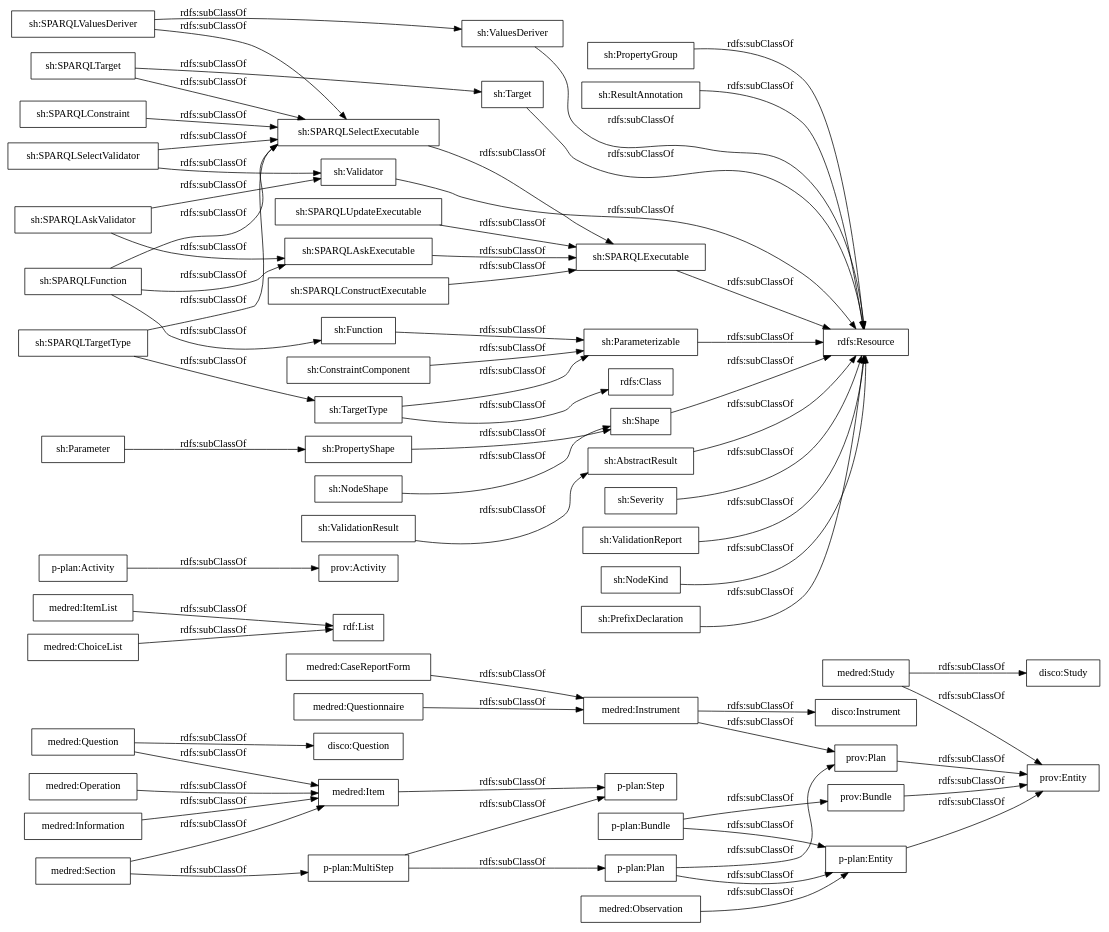
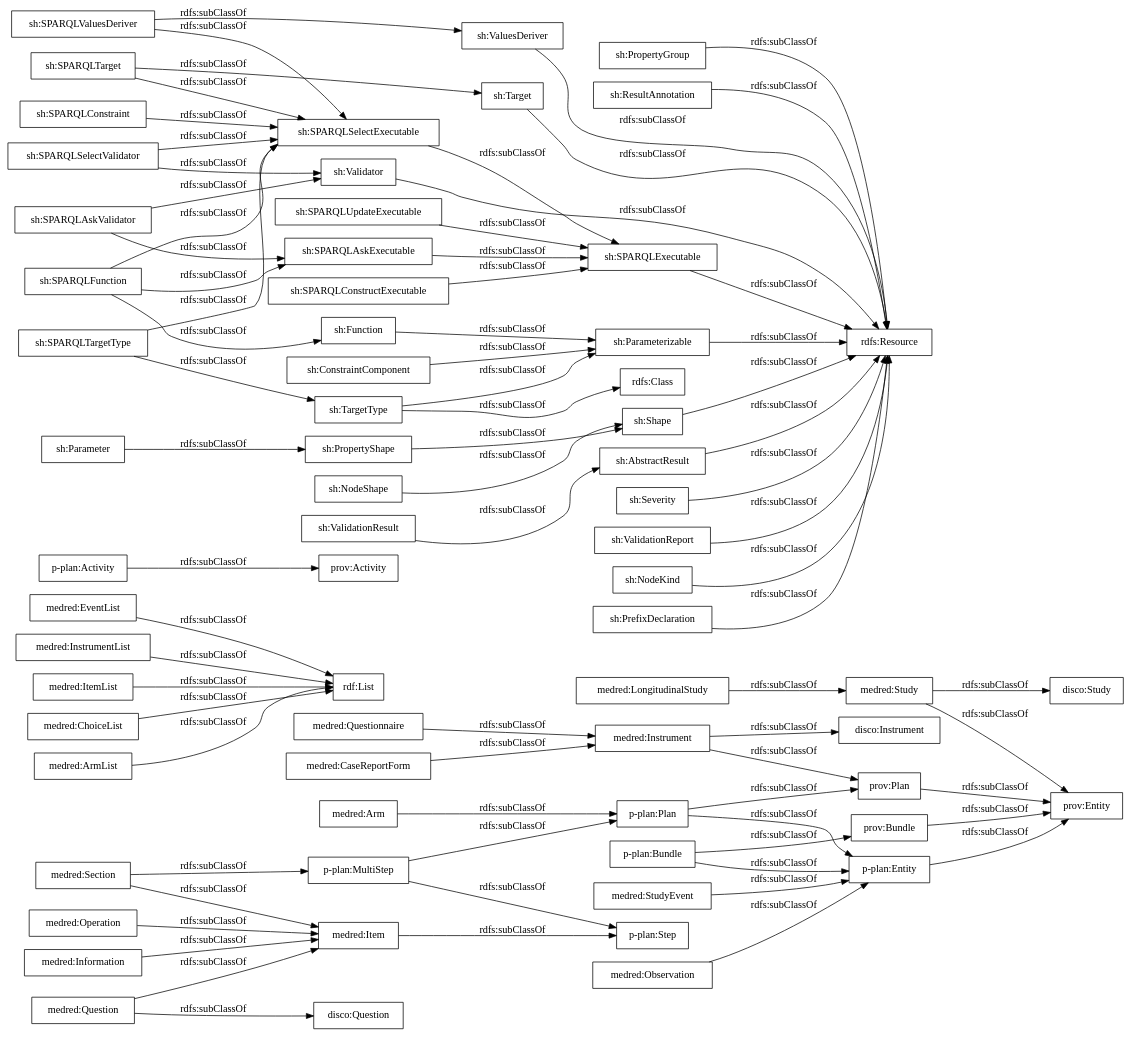
One commit to OnToologyUser/medred changed the diagram in OnToology/ontology/medred.owl/diagrams/ar2dtool-taxonomy/medred.owl.png.dot. Above: the diagram before and after it, drawn with Graphviz. The commit also changed 12 other files, not shown here.

```diff
--- a/OnToology/ontology/medred.owl/diagrams/ar2dtool-taxonomy/medred.owl.png.dot
+++ b/OnToology/ontology/medred.owl/diagrams/ar2dtool-taxonomy/medred.owl.png.dot
@@ -1,71 +1,77 @@
 digraph ar2dtool_diagram { 
 rankdir=LR;
 size="1000"
-node [shape = rectangle, color="black"]; "medred:Questionnaire" "medred:Information" "medred:Question" "medred:Instrument" "rdf:List" "medred:Item" "medred:CaseReportForm" "medred:Study" "medred:ItemList" "medred:Section" "medred:ChoiceList" "medred:Operation" "medred:Observation" "p-plan:MultiStep" "p-plan:Activity" "p-plan:Step" "p-plan:Entity" "p-plan:Bundle" "prov:Bundle" "prov:Entity" "p-plan:Plan" "prov:Plan" "prov:Activity" ; /*classes style*/
+node [shape = rectangle, color="black"]; "medred:Questionnaire" "medred:StudyEvent" "medred:Information" "medred:Question" "medred:EventList" "medred:Instrument" "rdf:List" "medred:Item" "medred:Arm" "medred:CaseReportForm" "medred:Study" "medred:LongitudinalStudy" "medred:InstrumentList" "medred:ItemList" "medred:Section" "medred:ChoiceList" "medred:ArmList" "medred:Operation" "medred:Observation" "p-plan:MultiStep" "p-plan:Activity" "p-plan:Step" "p-plan:Entity" "p-plan:Bundle" "prov:Bundle" "prov:Entity" "p-plan:Plan" "prov:Plan" "prov:Activity" ; /*classes style*/
 	"prov:Plan" -> "prov:Entity" [ label = "rdfs:subClassOf" ];
 	"sh:PropertyGroup" -> "rdfs:Resource" [ label = "rdfs:subClassOf" ];
 	"medred:Question" -> "medred:Item" [ label = "rdfs:subClassOf" ];
 	"medred:Question" -> "disco:Question" [ label = "rdfs:subClassOf" ];
 	"sh:ResultAnnotation" -> "rdfs:Resource" [ label = "rdfs:subClassOf" ];
 	"medred:Item" -> "p-plan:Step" [ label = "rdfs:subClassOf" ];
 	"medred:CaseReportForm" -> "medred:Instrument" [ label = "rdfs:subClassOf" ];
 	"sh:SPARQLConstructExecutable" -> "sh:SPARQLExecutable" [ label = "rdfs:subClassOf" ];
+	"medred:ArmList" -> "rdf:List" [ label = "rdfs:subClassOf" ];
 	"sh:Shape" -> "rdfs:Resource" [ label = "rdfs:subClassOf" ];
 	"medred:Questionnaire" -> "medred:Instrument" [ label = "rdfs:subClassOf" ];
 	"p-plan:Entity" -> "prov:Entity" [ label = "rdfs:subClassOf" ];
 	"sh:SPARQLAskValidator" -> "sh:SPARQLAskExecutable" [ label = "rdfs:subClassOf" ];
 	"sh:SPARQLAskValidator" -> "sh:Validator" [ label = "rdfs:subClassOf" ];
 	"sh:SPARQLUpdateExecutable" -> "sh:SPARQLExecutable" [ label = "rdfs:subClassOf" ];
 	"p-plan:MultiStep" -> "p-plan:Step" [ label = "rdfs:subClassOf" ];
 	"p-plan:MultiStep" -> "p-plan:Plan" [ label = "rdfs:subClassOf" ];
 	"sh:SPARQLTargetType" -> "sh:SPARQLSelectExecutable" [ label = "rdfs:subClassOf" ];
 	"sh:SPARQLTargetType" -> "sh:TargetType" [ label = "rdfs:subClassOf" ];
 	"sh:AbstractResult" -> "rdfs:Resource" [ label = "rdfs:subClassOf" ];
+	"medred:Arm" -> "p-plan:Plan" [ label = "rdfs:subClassOf" ];
 	"sh:SPARQLFunction" -> "sh:SPARQLSelectExecutable" [ label = "rdfs:subClassOf" ];
 	"sh:SPARQLFunction" -> "sh:SPARQLAskExecutable" [ label = "rdfs:subClassOf" ];
 	"sh:SPARQLFunction" -> "sh:Function" [ label = "rdfs:subClassOf" ];
+	"medred:InstrumentList" -> "rdf:List" [ label = "rdfs:subClassOf" ];
 	"medred:Observation" -> "p-plan:Entity" [ label = "rdfs:subClassOf" ];
 	"medred:ChoiceList" -> "rdf:List" [ label = "rdfs:subClassOf" ];
 	"medred:Study" -> "prov:Entity" [ label = "rdfs:subClassOf" ];
 	"medred:Study" -> "disco:Study" [ label = "rdfs:subClassOf" ];
+	"medred:StudyEvent" -> "p-plan:Entity" [ label = "rdfs:subClassOf" ];
 	"prov:Bundle" -> "prov:Entity" [ label = "rdfs:subClassOf" ];
 	"sh:Severity" -> "rdfs:Resource" [ label = "rdfs:subClassOf" ];
 	"sh:ValidationReport" -> "rdfs:Resource" [ label = "rdfs:subClassOf" ];
 	"p-plan:Activity" -> "prov:Activity" [ label = "rdfs:subClassOf" ];
+	"medred:EventList" -> "rdf:List" [ label = "rdfs:subClassOf" ];
 	"sh:Function" -> "sh:Parameterizable" [ label = "rdfs:subClassOf" ];
 	"sh:SPARQLSelectValidator" -> "sh:SPARQLSelectExecutable" [ label = "rdfs:subClassOf" ];
 	"sh:SPARQLSelectValidator" -> "sh:Validator" [ label = "rdfs:subClassOf" ];
 	"sh:ConstraintComponent" -> "sh:Parameterizable" [ label = "rdfs:subClassOf" ];
 	"sh:SPARQLValuesDeriver" -> "sh:SPARQLSelectExecutable" [ label = "rdfs:subClassOf" ];
 	"sh:SPARQLValuesDeriver" -> "sh:ValuesDeriver" [ label = "rdfs:subClassOf" ];
 	"sh:ValidationResult" -> "sh:AbstractResult" [ label = "rdfs:subClassOf" ];
 	"medred:Operation" -> "medred:Item" [ label = "rdfs:subClassOf" ];
 	"medred:Information" -> "medred:Item" [ label = "rdfs:subClassOf" ];
 	"medred:Instrument" -> "prov:Plan" [ label = "rdfs:subClassOf" ];
 	"medred:Instrument" -> "disco:Instrument" [ label = "rdfs:subClassOf" ];
 	"medred:ItemList" -> "rdf:List" [ label = "rdfs:subClassOf" ];
 	"sh:SPARQLConstraint" -> "sh:SPARQLSelectExecutable" [ label = "rdfs:subClassOf" ];
 	"sh:SPARQLAskExecutable" -> "sh:SPARQLExecutable" [ label = "rdfs:subClassOf" ];
+	"sh:Validator" -> "rdfs:Resource" [ label = "rdfs:subClassOf" ];
+	"sh:PropertyShape" -> "sh:Shape" [ label = "rdfs:subClassOf" ];
+	"sh:Parameter" -> "sh:PropertyShape" [ label = "rdfs:subClassOf" ];
 	"sh:SPARQLExecutable" -> "rdfs:Resource" [ label = "rdfs:subClassOf" ];
-	"sh:Parameter" -> "sh:PropertyShape" [ label = "rdfs:subClassOf" ];
-	"sh:PropertyShape" -> "sh:Shape" [ label = "rdfs:subClassOf" ];
-	"sh:Validator" -> "rdfs:Resource" [ label = "rdfs:subClassOf" ];
 	"sh:Target" -> "rdfs:Resource" [ label = "rdfs:subClassOf" ];
 	"sh:SPARQLTarget" -> "sh:SPARQLSelectExecutable" [ label = "rdfs:subClassOf" ];
 	"sh:SPARQLTarget" -> "sh:Target" [ label = "rdfs:subClassOf" ];
 	"p-plan:Plan" -> "prov:Plan" [ label = "rdfs:subClassOf" ];
 	"p-plan:Plan" -> "p-plan:Entity" [ label = "rdfs:subClassOf" ];
 	"sh:NodeShape" -> "sh:Shape" [ label = "rdfs:subClassOf" ];
 	"sh:Parameterizable" -> "rdfs:Resource" [ label = "rdfs:subClassOf" ];
 	"sh:ValuesDeriver" -> "rdfs:Resource" [ label = "rdfs:subClassOf" ];
 	"medred:Section" -> "medred:Item" [ label = "rdfs:subClassOf" ];
 	"medred:Section" -> "p-plan:MultiStep" [ label = "rdfs:subClassOf" ];
-	"sh:NodeKind" -> "rdfs:Resource" [ label = "rdfs:subClassOf" ];
 	"p-plan:Bundle" -> "prov:Bundle" [ label = "rdfs:subClassOf" ];
 	"p-plan:Bundle" -> "p-plan:Entity" [ label = "rdfs:subClassOf" ];
+	"sh:NodeKind" -> "rdfs:Resource" [ label = "rdfs:subClassOf" ];
 	"sh:SPARQLSelectExecutable" -> "sh:SPARQLExecutable" [ label = "rdfs:subClassOf" ];
 	"sh:TargetType" -> "sh:Parameterizable" [ label = "rdfs:subClassOf" ];
 	"sh:TargetType" -> "rdfs:Class" [ label = "rdfs:subClassOf" ];
+	"medred:LongitudinalStudy" -> "medred:Study" [ label = "rdfs:subClassOf" ];
 	"sh:PrefixDeclaration" -> "rdfs:Resource" [ label = "rdfs:subClassOf" ];
 
 }
```
